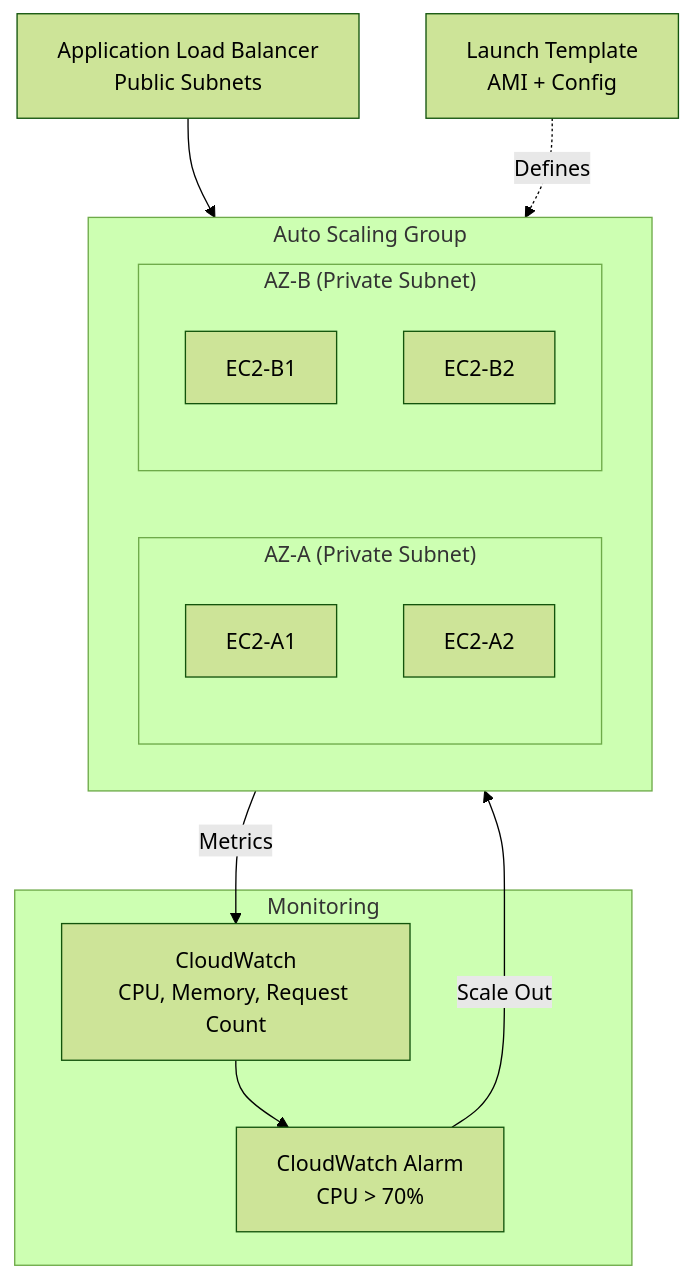
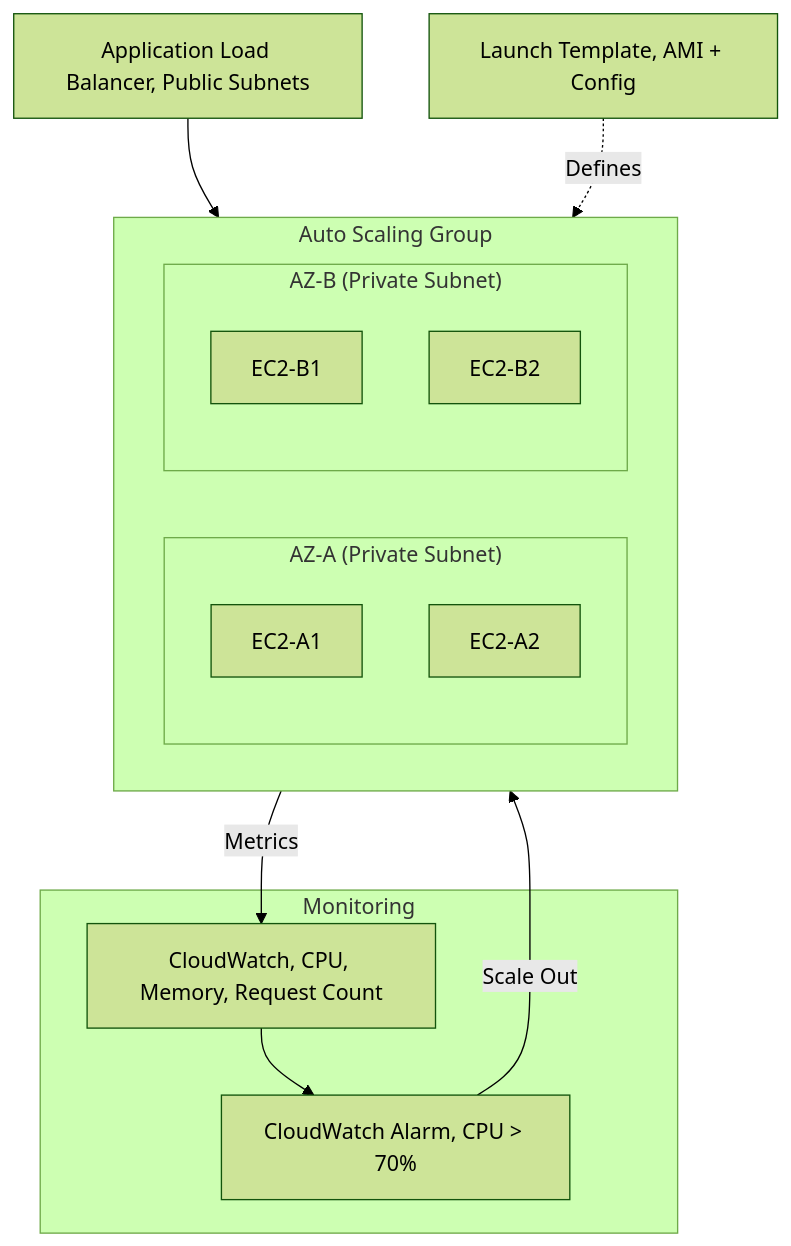
The first of 4 diagrams in Chapter_39_Amazon_EC2_Auto_Scaling.md (DeeptiShuklaProject/Uday_AWS), drawn with Mermaid (forest theme) before and after one commit. The commit also changed other lines of this file and 34 other files, not shown here.

Commit message:
Fix mermaid diagrams syntax across all chapters (quote labels and remove HTML)

````diff
--- a/Chapter_39_Amazon_EC2_Auto_Scaling.md
+++ b/Chapter_39_Amazon_EC2_Auto_Scaling.md
@@ -182,25 +182,25 @@
 ```mermaid
 flowchart TD
     subgraph Monitoring
-        CW[CloudWatch<br>CPU, Memory, Request Count]
-        Alarm[CloudWatch Alarm<br>CPU > 70%]
+        CW["CloudWatch, CPU, Memory, Request Count"]
+        Alarm["CloudWatch Alarm, CPU > 70%"]
     end
     
     subgraph ASG["Auto Scaling Group"]
         subgraph AZA["AZ-A (Private Subnet)"]
             EC2A1[EC2-A1]
             EC2A2[EC2-A2]
         end
         subgraph AZB["AZ-B (Private Subnet)"]
             EC2B1[EC2-B1]
             EC2B2[EC2-B2]
         end
     end
     
-    ALB[Application Load Balancer<br>Public Subnets] --> ASG
+    ALB["Application Load Balancer, Public Subnets"] --> ASG
     CW --> Alarm
     Alarm -->|Scale Out| ASG
     ASG -->|Metrics| CW
     
-    LT[Launch Template<br>AMI + Config] -.->|Defines| ASG
+    LT["Launch Template, AMI + Config"] -.->|Defines| ASG
 ```
````
